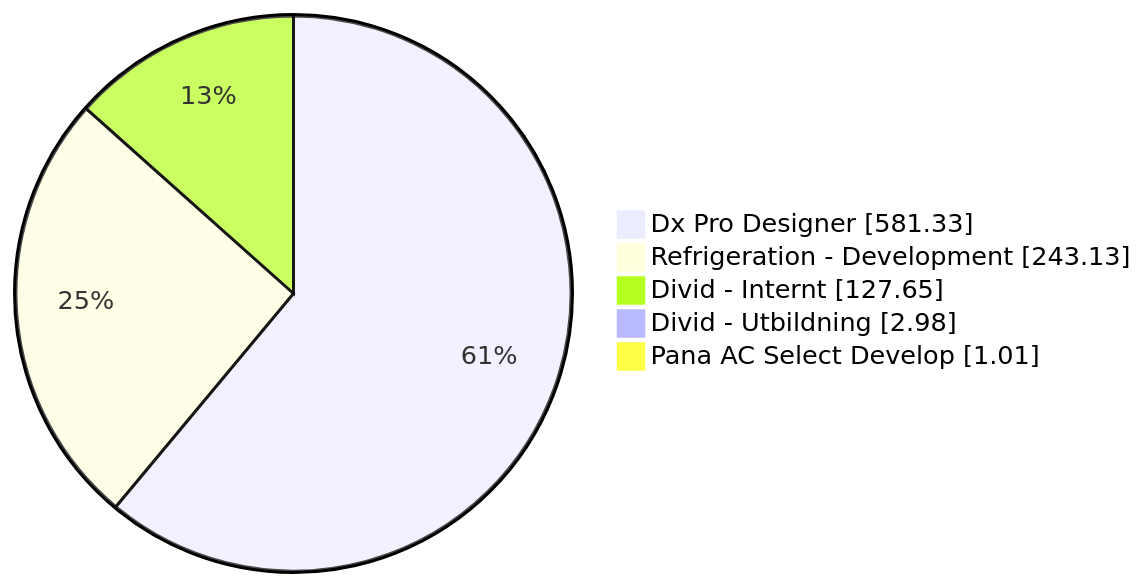
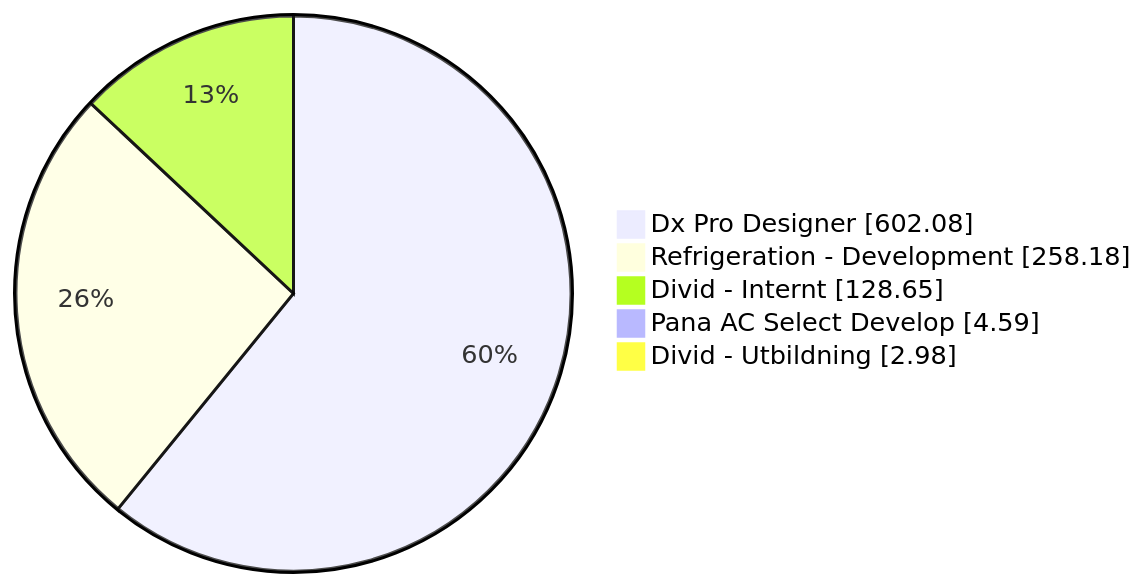
Before and after one commit to albinforsberg-netizen/timeclock: the first of 5 diagrams in README.org, drawn with Mermaid. The commit also changed other lines of this file, not shown here.

```diff
--- a/README.org
+++ b/README.org
@@ -32,8 +32,8 @@
 #+begin_src mermaid
 pie showData
-    "Dx Pro Designer" : 581.33
-    "Refrigeration - Development" : 243.13
-    "Divid - Internt" : 127.65
+    "Dx Pro Designer" : 602.08
+    "Refrigeration - Development" : 258.18
+    "Divid - Internt" : 128.65
+    "Pana AC Select Develop" : 4.59
     "Divid - Utbildning" : 2.98
-    "Pana AC Select Develop" : 1.01
 #+end_src
```
